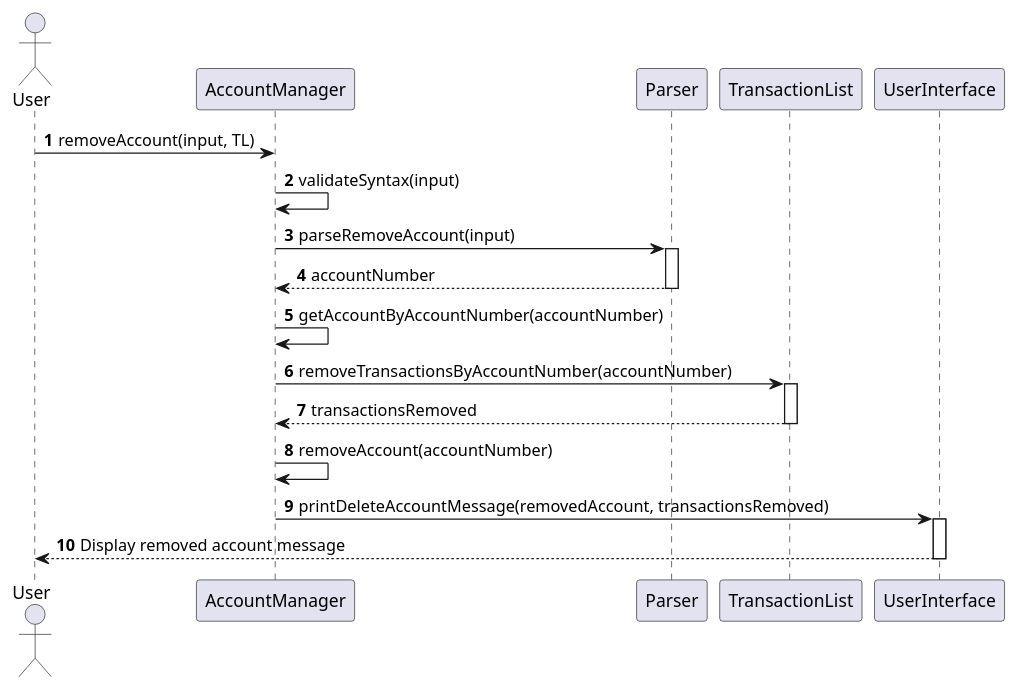
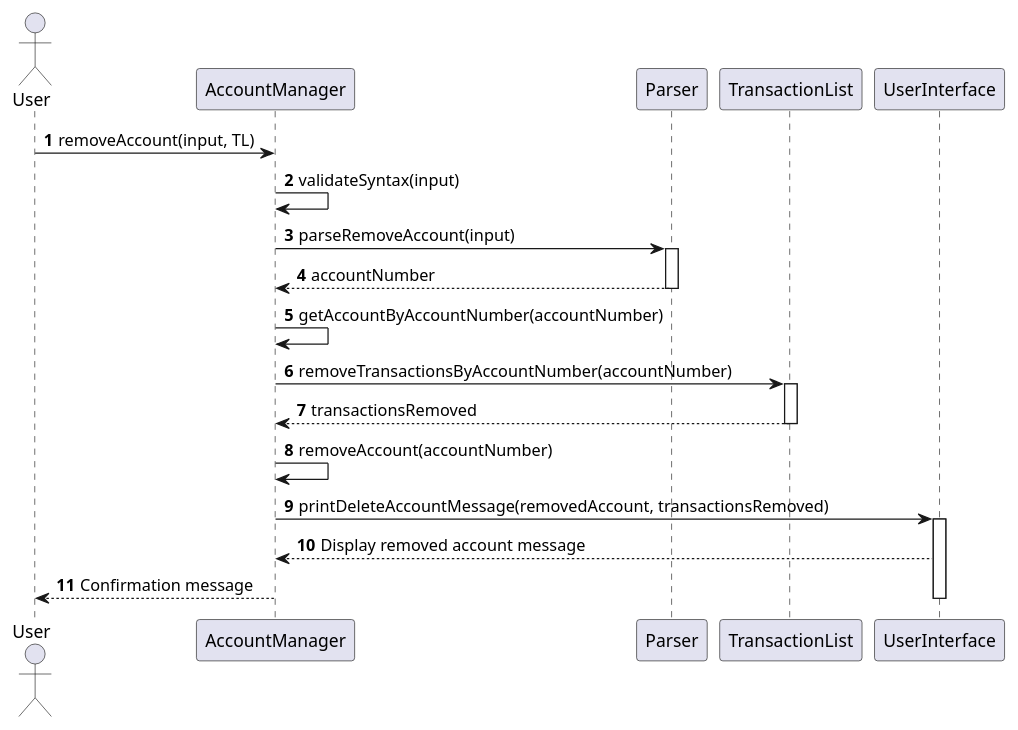
One commit to Vavinan/tp changed the diagram in docs/diagrams/RemoveAccounrSequenceDiagram.puml. Above: the diagram before and after it, drawn with PlantUML. The commit also changed 7 other files, not shown here.

```diff
--- a/docs/diagrams/RemoveAccounrSequenceDiagram.puml
+++ b/docs/diagrams/RemoveAccounrSequenceDiagram.puml
@@ -1,28 +1,30 @@
 @startuml
 'https://plantuml.com/sequence-diagram
 
 autonumber
 
 actor User
 participant "AccountManager" as AM
 participant "Parser" as P
 participant "TransactionList" as TL
 participant "UserInterface" as UI
 
 User -> AM: removeAccount(input, TL)
 AM -> AM: validateSyntax(input)
 AM -> P: parseRemoveAccount(input)
 activate P
 P --> AM: accountNumber
 deactivate P
 AM -> AM: getAccountByAccountNumber(accountNumber)
 AM -> TL: removeTransactionsByAccountNumber(accountNumber)
 activate TL
 TL --> AM: transactionsRemoved
 deactivate TL
 AM -> AM: removeAccount(accountNumber)
 AM -> UI: printDeleteAccountMessage(removedAccount, transactionsRemoved)
 activate UI
-UI --> User: Display removed account message
+UI --> AM: Display removed account message
+AM --> User: Confirmation message
+
 deactivate UI
 @enduml
```
